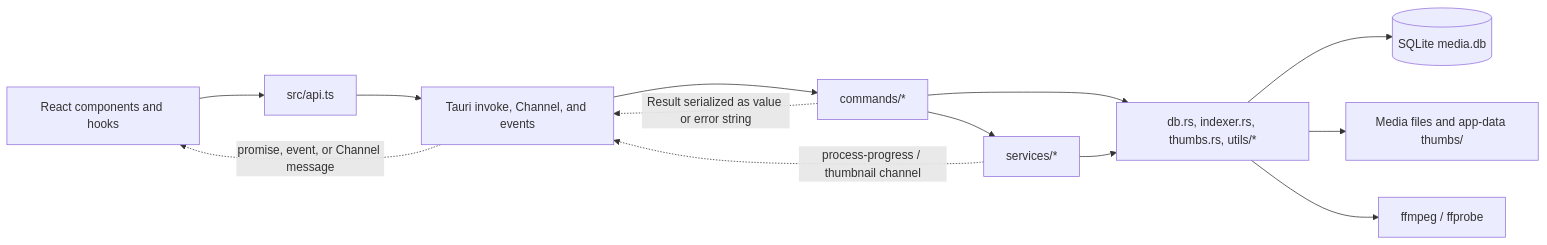
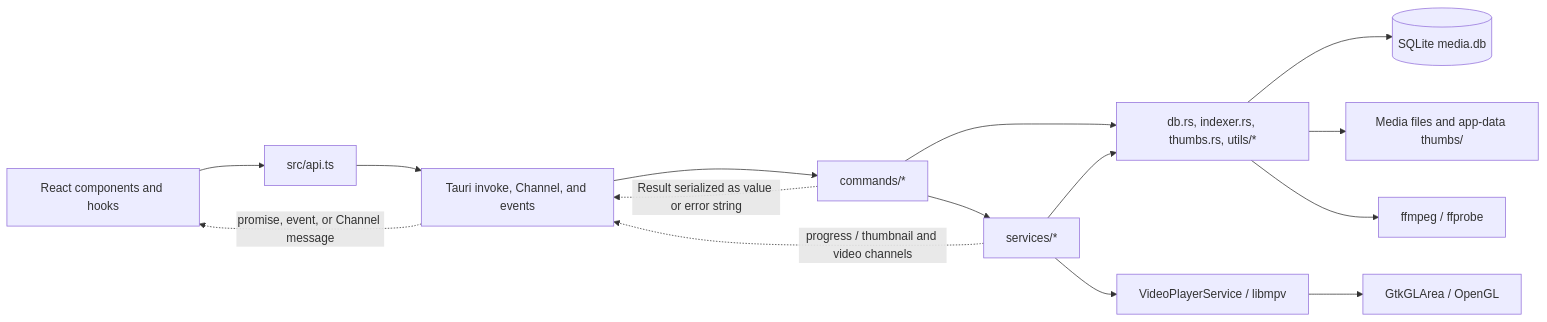
The diagram in docs/architecture/system-overview.md (DawidRoguziak/tagrove), drawn with Mermaid before and after one commit. The commit also changed other lines of this file and 63 other files, not shown here.

````diff
--- a/docs/architecture/system-overview.md
+++ b/docs/architecture/system-overview.md
@@ -9,23 +9,26 @@
 ```mermaid
 flowchart LR
     UI["React components and hooks"]
     API["src/api.ts"]
     IPC["Tauri invoke, Channel, and events"]
     CMD["commands/*"]
     SVC["services/*"]
     CORE["db.rs, indexer.rs, thumbs.rs, utils/*"]
     DB[("SQLite media.db")]
     FS["Media files and app-data thumbs/"]
     TOOLS["ffmpeg / ffprobe"]
+    VIDEO["VideoPlayerService / libmpv"]
+    GTK["GtkGLArea / OpenGL"]
 
     UI --> API --> IPC --> CMD
     CMD --> SVC
     CMD --> CORE
     SVC --> CORE
     CORE --> DB
     CORE --> FS
     CORE --> TOOLS
+    SVC --> VIDEO --> GTK
     CMD -. "Result serialized as value or error string" .-> IPC
-    SVC -. "process-progress / thumbnail channel" .-> IPC
+    SVC -. "progress / thumbnail and video channels" .-> IPC
     IPC -. "promise, event, or Channel message" .-> UI
 ```
````
